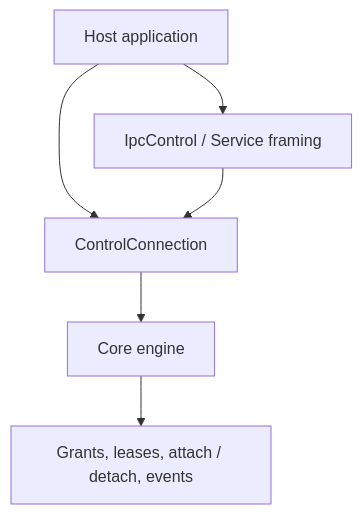
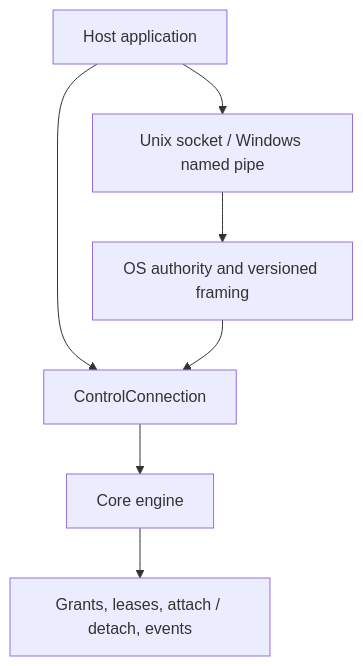
Before and after one commit to marcosmmb/knightbus: the second of 3 diagrams in docs/architecture.md, drawn with Mermaid. The commit also changed other lines of this file and 45 other files, not shown here.

````diff
--- a/docs/architecture.md
+++ b/docs/architecture.md
@@ -98,8 +98,9 @@
 ```mermaid
 flowchart TB
     Host[Host application] --> Direct[ControlConnection]
-    Host --> Framed[IpcControl / Service framing]
+    Host --> Local[Unix socket / Windows named pipe]
+    Local --> Framed[OS authority and versioned framing]
     Framed --> Direct
     Direct --> Engine[Core engine]
     Engine --> Policy[Grants, leases, attach / detach, events]
 ```
````
